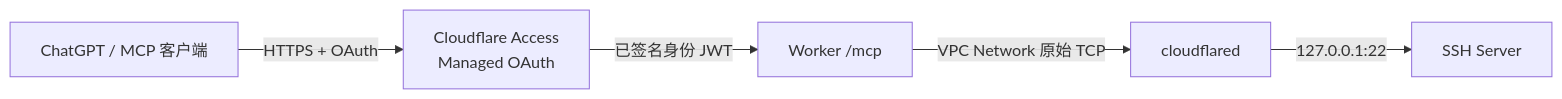
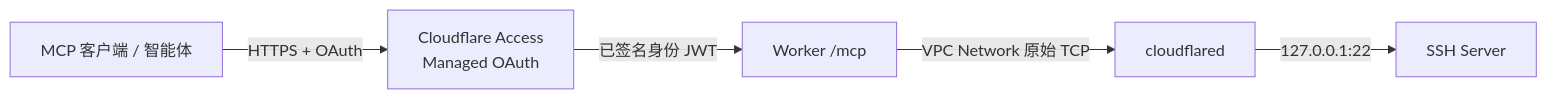
Before and after one commit to chuck-ma/cloudflare-ssh-mcp: the diagram in README.md, drawn with Mermaid. The commit also changed other lines of this file and 5 other files, not shown here.

````diff
--- a/README.md
+++ b/README.md
@@ -17,7 +17,7 @@
 ```mermaid
 flowchart LR
-    C[ChatGPT / MCP 客户端] -->|HTTPS + OAuth| A[Cloudflare Access\nManaged OAuth]
+    C[MCP 客户端 / 智能体] -->|HTTPS + OAuth| A[Cloudflare Access\nManaged OAuth]
     A -->|已签名身份 JWT| W[Worker /mcp]
     W -->|VPC Network 原始 TCP| T[cloudflared]
     T -->|127.0.0.1:22| S[SSH Server]
 ```
````
